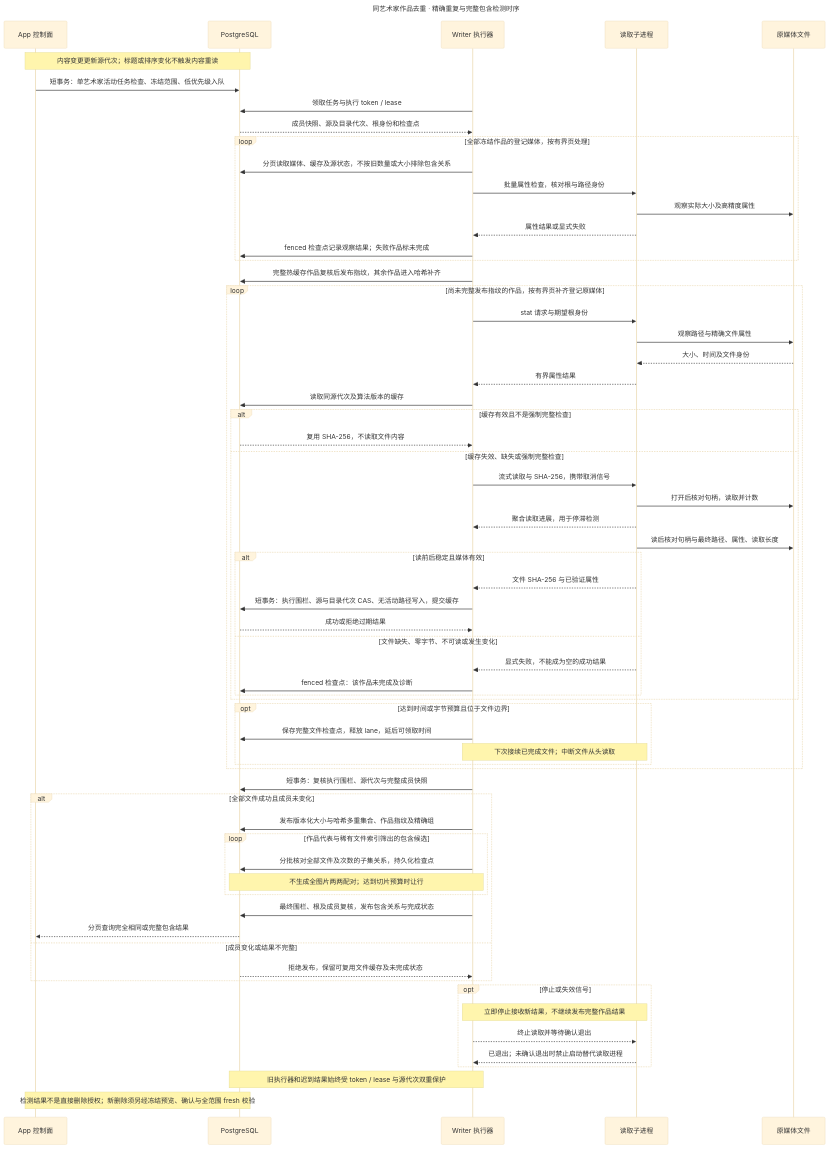
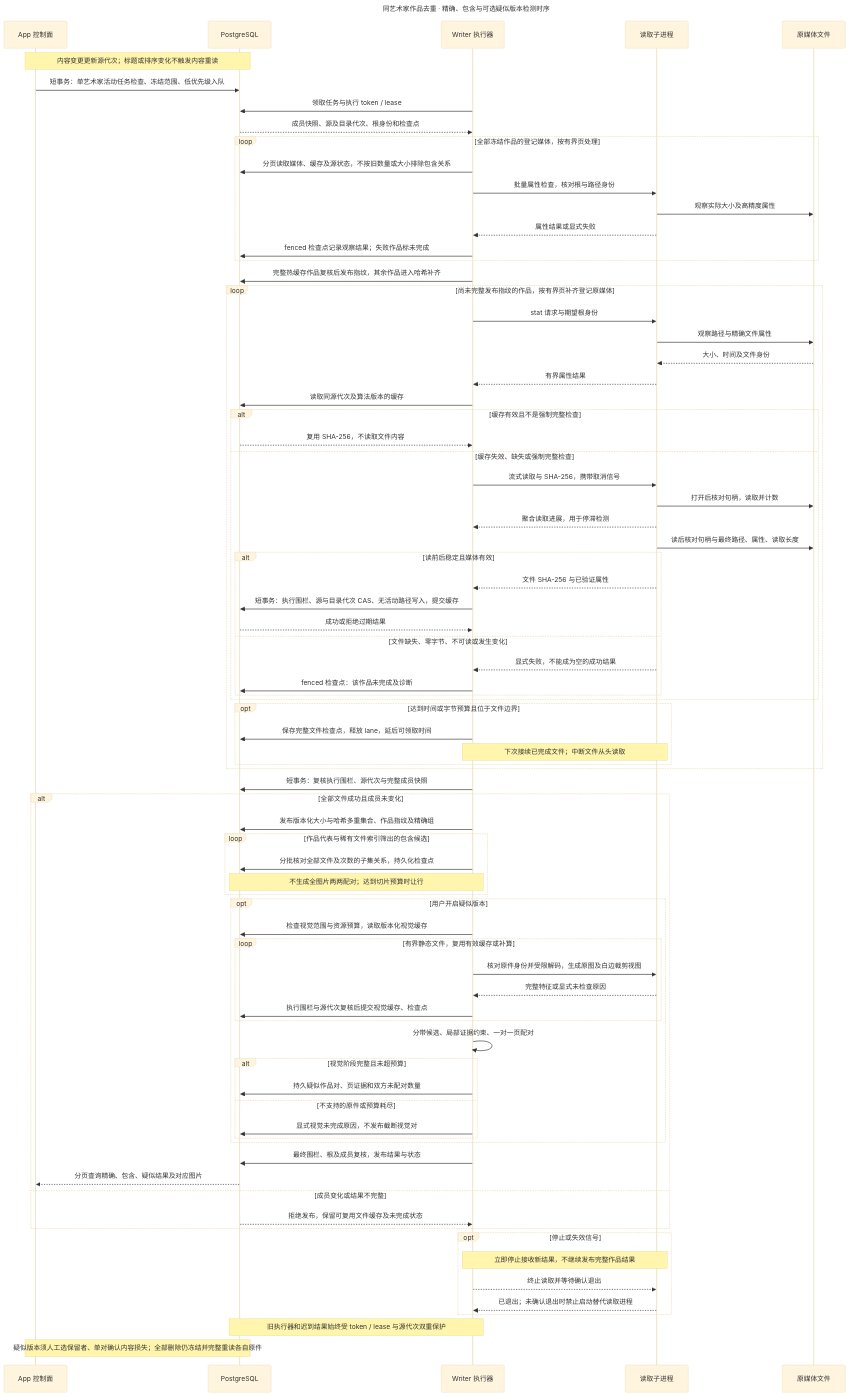
One commit to namehu/PixiShelf changed the diagram in docs/diagrams/features/artwork-deduplication/detection.mmd. Above: the diagram before and after it, drawn with Mermaid (base theme). The commit also changed 72 other files, not shown here.

```diff
--- a/docs/diagrams/features/artwork-deduplication/detection.mmd
+++ b/docs/diagrams/features/artwork-deduplication/detection.mmd
@@ -1,75 +1,89 @@
 ---
-title: 同艺术家作品去重 · 精确重复与完整包含检测时序
+title: 同艺术家作品去重 · 精确、包含与可选疑似版本检测时序
 ---
 sequenceDiagram
   participant App as App 控制面
   participant DB as PostgreSQL
   participant Worker as Writer 执行器
   participant Child as 读取子进程
   participant File as 原媒体文件
   Note over App,DB: 内容变更更新源代次；标题或排序变化不触发内容重读
   %% D01: 检测输入冻结与任务领取
   App->>DB: 短事务：单艺术家活动任务检查、冻结范围、低优先级入队
   Worker->>DB: 领取任务与执行 token / lease
   DB-->>Worker: 成员快照、源及目录代次、根身份和检查点
   loop 全部冻结作品的登记媒体，按有界页处理
     Worker->>DB: 分页读取媒体、缓存及源状态，不按旧数量或大小排除包含关系
     Worker->>Child: 批量属性检查，核对根与路径身份
     Child->>File: 观察实际大小及高精度属性
     Child-->>Worker: 属性结果或显式失败
     Worker->>DB: fenced 检查点记录观察结果；失败作品标未完成
   end
   Worker->>DB: 完整热缓存作品复核后发布指纹，其余作品进入哈希补齐
   %% D02: 候选属性复核与缓存判定
   loop 尚未完整发布指纹的作品，按有界页补齐登记原媒体
     Worker->>Child: stat 请求与期望根身份
     Child->>File: 观察路径与精确文件属性
     File-->>Child: 大小、时间及文件身份
     Child-->>Worker: 有界属性结果
     Worker->>DB: 读取同源代次及算法版本的缓存
     alt 缓存有效且不是强制完整检查
       DB-->>Worker: 复用 SHA-256，不读取文件内容
     else 缓存失效、缺失或强制完整检查
       %% D03: 稳定读取
       Worker->>Child: 流式读取与 SHA-256，携带取消信号
       Child->>File: 打开后核对句柄，读取并计数
       Child-->>Worker: 聚合读取进展，用于停滞检测
       Child->>File: 读后核对句柄与最终路径、属性、读取长度
       alt 读前后稳定且媒体有效
         Child-->>Worker: 文件 SHA-256 与已验证属性
         %% D04: 文件缓存写入围栏
         Worker->>DB: 短事务：执行围栏、源与目录代次 CAS、无活动路径写入，提交缓存
         DB-->>Worker: 成功或拒绝过期结果
       else 文件缺失、零字节、不可读或发生变化
         Child-->>Worker: 显式失败，不能成为空的成功结果
         Worker->>DB: fenced 检查点：该作品未完成及诊断
       end
     end
     opt 达到时间或字节预算且位于文件边界
       %% D05: 公平让行
       Worker->>DB: 保存完整文件检查点，释放 lane，延后可领取时间
       Note over Worker,Child: 下次接续已完成文件；中断文件从头读取
     end
   end
   %% D06: 完整作品发布
   Worker->>DB: 短事务：复核执行围栏、源代次与完整成员快照
   alt 全部文件成功且成员未变化
     Worker->>DB: 发布版本化大小与哈希多重集合、作品指纹及精确组
     loop 作品代表与稀有文件索引筛出的包含候选
       Worker->>DB: 分批核对全部文件及次数的子集关系，持久化检查点
       Note over Worker,DB: 不生成全图片两两配对；达到切片预算时让行
     end
-    Worker->>DB: 最终围栏、根及成员复核，发布包含关系与完成状态
-    DB-->>App: 分页查询完全相同或完整包含结果
+    opt 用户开启疑似版本
+      Worker->>DB: 检查视觉范围与资源预算，读取版本化视觉缓存
+      loop 有界静态文件，复用有效缓存或补算
+        Worker->>Child: 核对原件身份并受限解码，生成原图及白边裁剪视图
+        Child-->>Worker: 完整特征或显式未检查原因
+        Worker->>DB: 执行围栏与源代次复核后提交视觉缓存、检查点
+      end
+      Worker->>Worker: 分带候选、局部证据约束、一对一页配对
+      alt 视觉阶段完整且未超预算
+        Worker->>DB: 持久疑似作品对、页证据和双方未配对数量
+      else 不支持的原件或预算耗尽
+        Worker->>DB: 显式视觉未完成原因，不发布截断视觉对
+      end
+    end
+    Worker->>DB: 最终围栏、根及成员复核，发布结果与状态
+    DB-->>App: 分页查询精确、包含、疑似结果及对应图片
   else 成员变化或结果不完整
     DB-->>Worker: 拒绝发布，保留可复用文件缓存及未完成状态
   end
   %% D07: 取消与迟到结果
   opt 停止或失效信号
     Note over Worker,Child: 立即停止接收新结果，不继续发布完整作品结果
     Worker-->>Child: 终止读取并等待确认退出
     Child-->>Worker: 已退出；未确认退出时禁止启动替代读取进程
   end
   Note over Worker,DB: 旧执行器和迟到结果始终受 token / lease 与源代次双重保护
 
-  Note over App,DB: 检测结果不是直接删除授权；新删除须另经冻结预览、确认与全范围 fresh 校验
+  Note over App,DB: 疑似版本须人工选保留者、单对确认内容损失；全部删除仍冻结并完整重读各自原件
```
